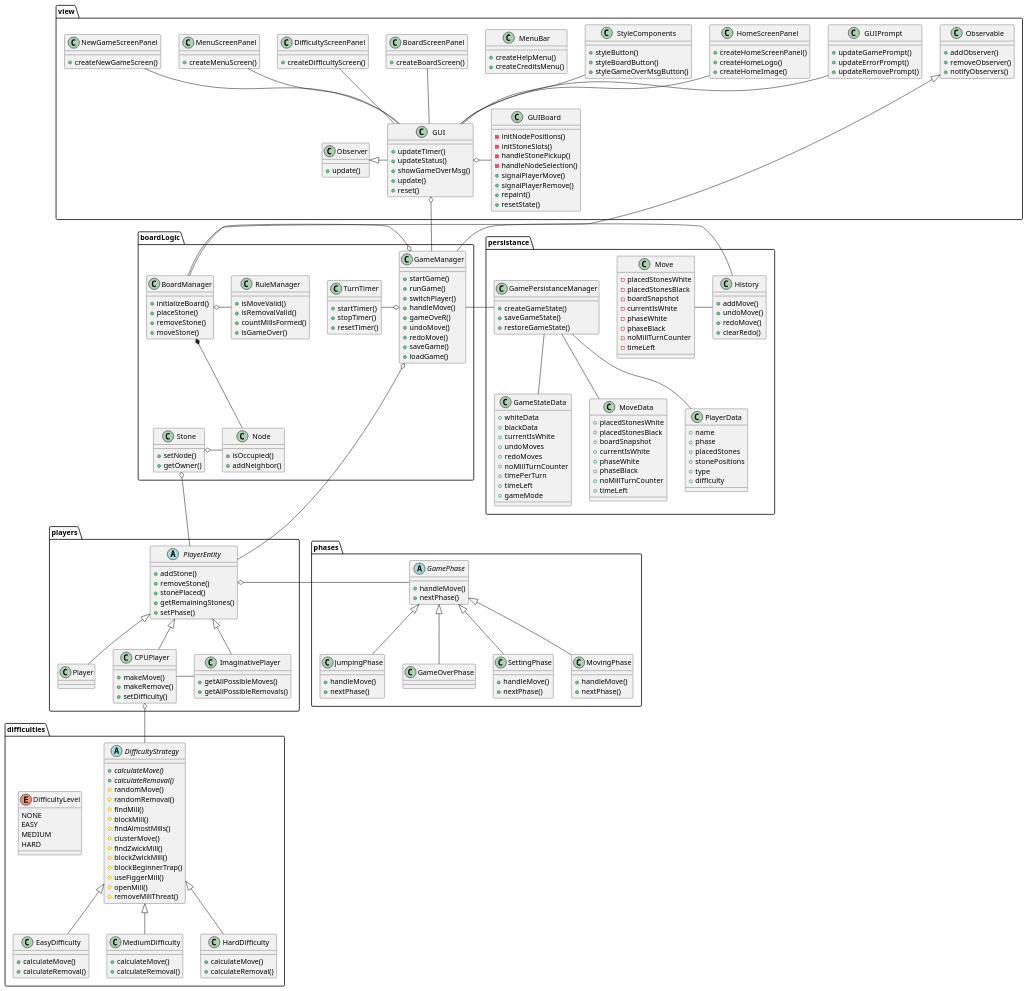
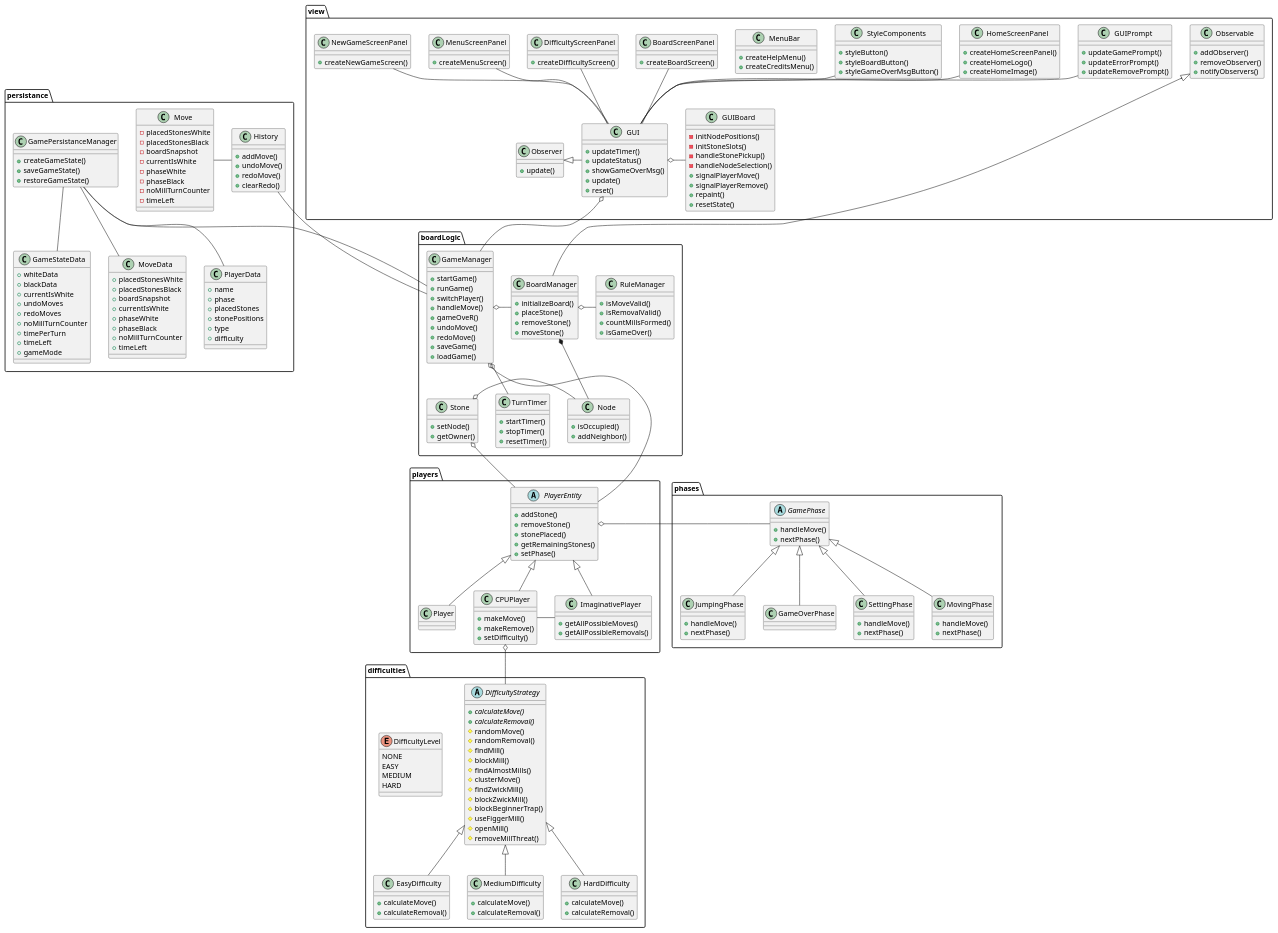
The diagram in Diagrams/ClassdiagrammV3.puml (RyanMikus/muehlespiel_java_fs25), drawn with PlantUML before and after one commit.

Commit message:
Edit ClassdiagrammV3.puml (Hopefully the last time)

```diff
--- a/Diagrams/ClassdiagrammV3.puml
+++ b/Diagrams/ClassdiagrammV3.puml
@@ -272,7 +272,7 @@
 }
 
 boardLogic.GameManager o-- players.PlayerEntity
-boardLogic.TurnTimer -o boardLogic.GameManager
+boardLogic.GameManager o-- boardLogic.TurnTimer
 boardLogic.GameManager o- boardLogic.BoardManager
 
 phases.GamePhase <|-- phases.SettingPhase
@@ -297,7 +297,6 @@
 view.Observable <|-- boardLogic.BoardManager
 boardLogic.BoardManager o- boardLogic.RuleManager
 
-
 persistance.Move - persistance.History
 
 view.Observer <|- view.GUI
@@ -315,8 +314,8 @@
 persistance.GamePersistanceManager -- persistance.PlayerData
 persistance.GamePersistanceManager -- persistance.MoveData
 
-persistance.History - boardLogic.GameManager
-persistance.GamePersistanceManager - boardLogic.GameManager
+persistance.History -- boardLogic.GameManager
+persistance.GamePersistanceManager -- boardLogic.GameManager
 
 
 @enduml
```
